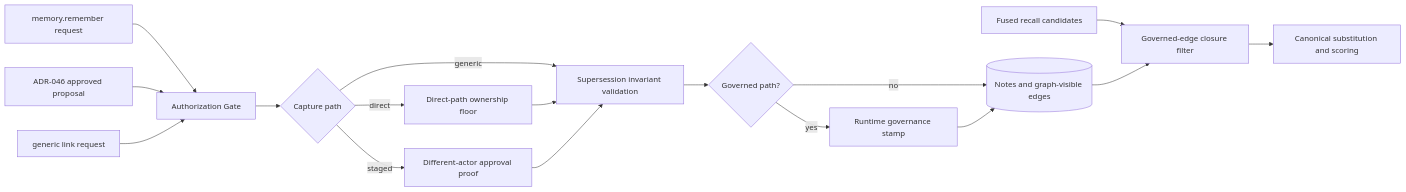
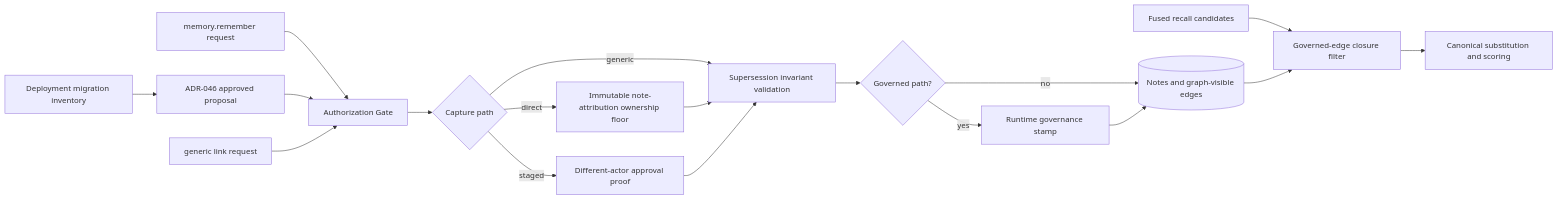
The first of 2 diagrams in docs/adr/ADR-157-supersession-chain-canonicalization.md (ohdearquant/khive), drawn with Mermaid before and after one commit. The commit also changed other lines of this file, not shown here.

Commit message:
docs(adr): immutable ownership attribution and legacy-edge migration for supersession canonicalization (ADR-157)

````diff
--- a/docs/adr/ADR-157-supersession-chain-canonicalization.md
+++ b/docs/adr/ADR-157-supersession-chain-canonicalization.md
@@ -73,19 +90,20 @@
 ```mermaid
 flowchart LR
   W["memory.remember request"] --> G["Authorization Gate"]
   P["ADR-046 approved proposal"] --> G
   L["generic link request"] --> G
+  M["Deployment migration inventory"] --> P
   G --> D{"Capture path"}
-  D -->|direct| O["Direct-path ownership floor"]
+  D -->|direct| O["Immutable note-attribution ownership floor"]
   D -->|staged| A["Different-actor approval proof"]
   D -->|generic| V
   O --> V["Supersession invariant validation"]
   A --> V
   V --> E{"Governed path?"}
   E -->|yes| T["Runtime governance stamp"]
   E -->|no| S[("Notes and graph-visible edges")]
   T --> S
   R["Fused recall candidates"] --> C["Governed-edge closure filter"]
   S --> C
   C --> Q["Canonical substitution and scoring"]
 ```
````
